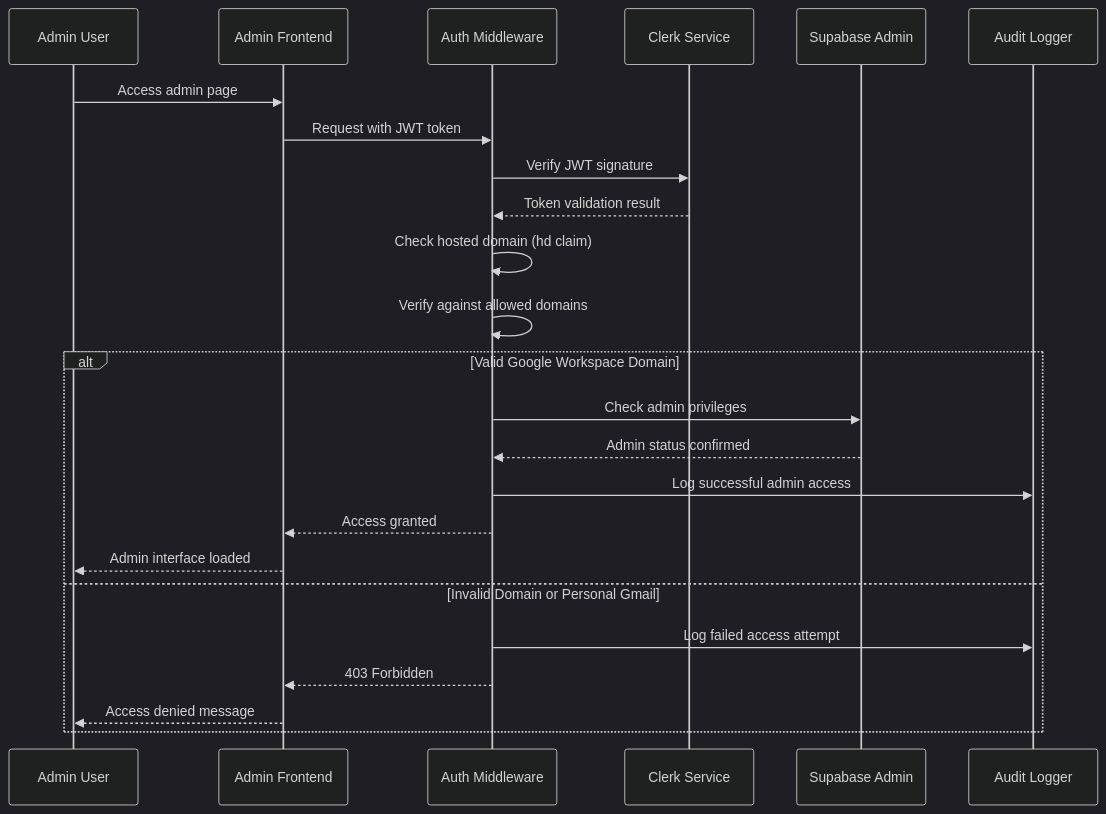
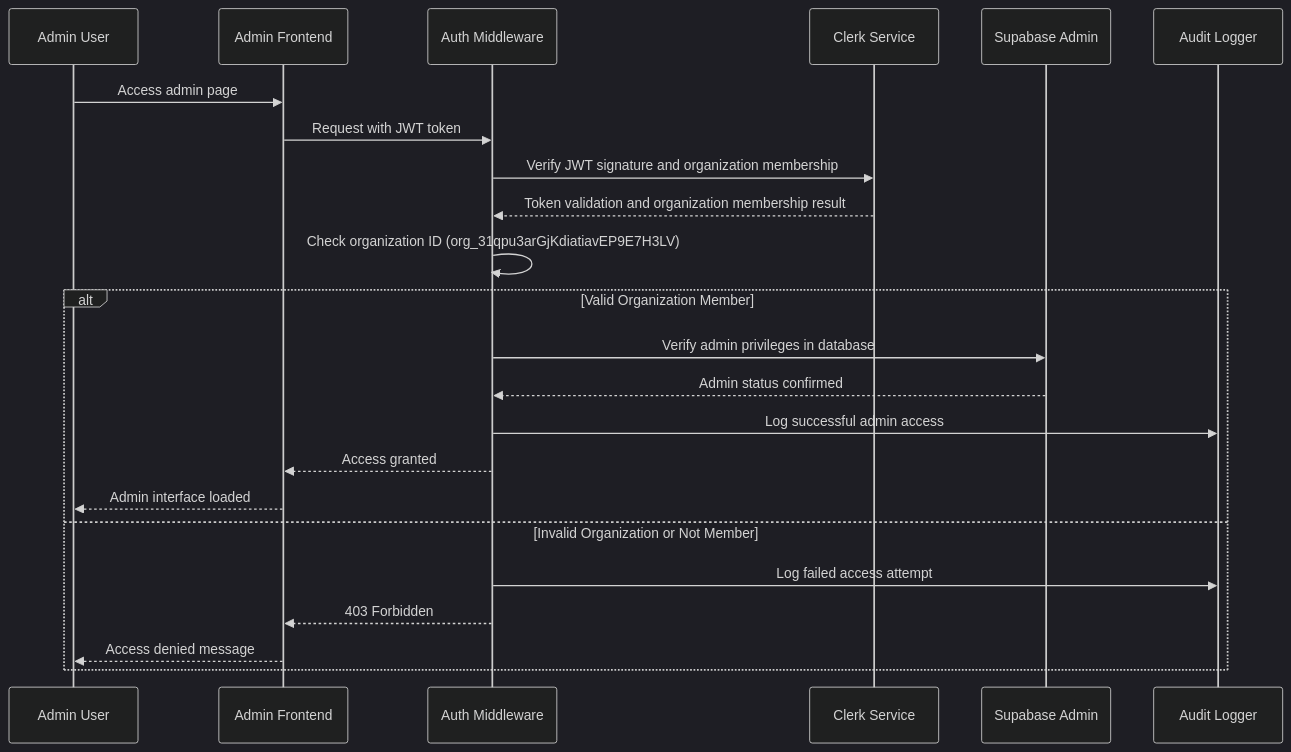
One commit to shintairiku/marketing-automation changed the second of 2 diagrams in .kiro/specs/admin-auth-dashboard/design.md. Above: the diagram before and after it, drawn with Mermaid (dark theme). The commit also changed other lines of this file and 2 other files, not shown here.

Commit message:
docs(kiro): updated to simplified authentication process on Clerk

````diff
--- a/.kiro/specs/admin-auth-dashboard/design.md
+++ b/.kiro/specs/admin-auth-dashboard/design.md
@@ -68,28 +68,27 @@
 ```mermaid
 sequenceDiagram
     participant Admin as Admin User
     participant Frontend as Admin Frontend
     participant Middleware as Auth Middleware
     participant Clerk as Clerk Service
     participant DB as Supabase Admin
     participant Audit as Audit Logger
     
     Admin->>Frontend: Access admin page
     Frontend->>Middleware: Request with JWT token
-    Middleware->>Clerk: Verify JWT signature
-    Clerk-->>Middleware: Token validation result
-    Middleware->>Middleware: Check hosted domain (hd claim)
-    Middleware->>Middleware: Verify against allowed domains
+    Middleware->>Clerk: Verify JWT signature and organization membership
+    Clerk-->>Middleware: Token validation and organization membership result
+    Middleware->>Middleware: Check organization ID (org_31qpu3arGjKdiatiavEP9E7H3LV)
     
-    alt Valid Google Workspace Domain
-        Middleware->>DB: Check admin privileges
+    alt Valid Organization Member
+        Middleware->>DB: Verify admin privileges in database
         DB-->>Middleware: Admin status confirmed
         Middleware->>Audit: Log successful admin access
         Middleware-->>Frontend: Access granted
         Frontend-->>Admin: Admin interface loaded
-    else Invalid Domain or Personal Gmail
+    else Invalid Organization or Not Member
         Middleware->>Audit: Log failed access attempt
         Middleware-->>Frontend: 403 Forbidden
         Frontend-->>Admin: Access denied message
     end
 ```
````
